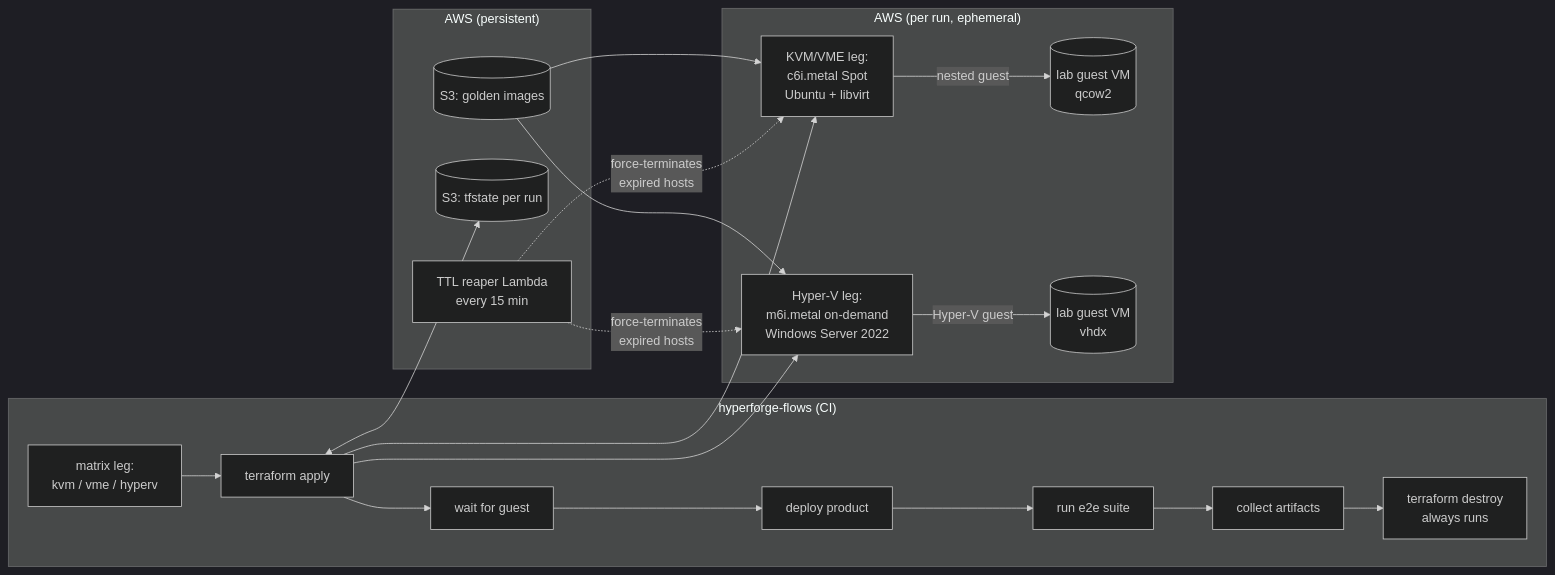
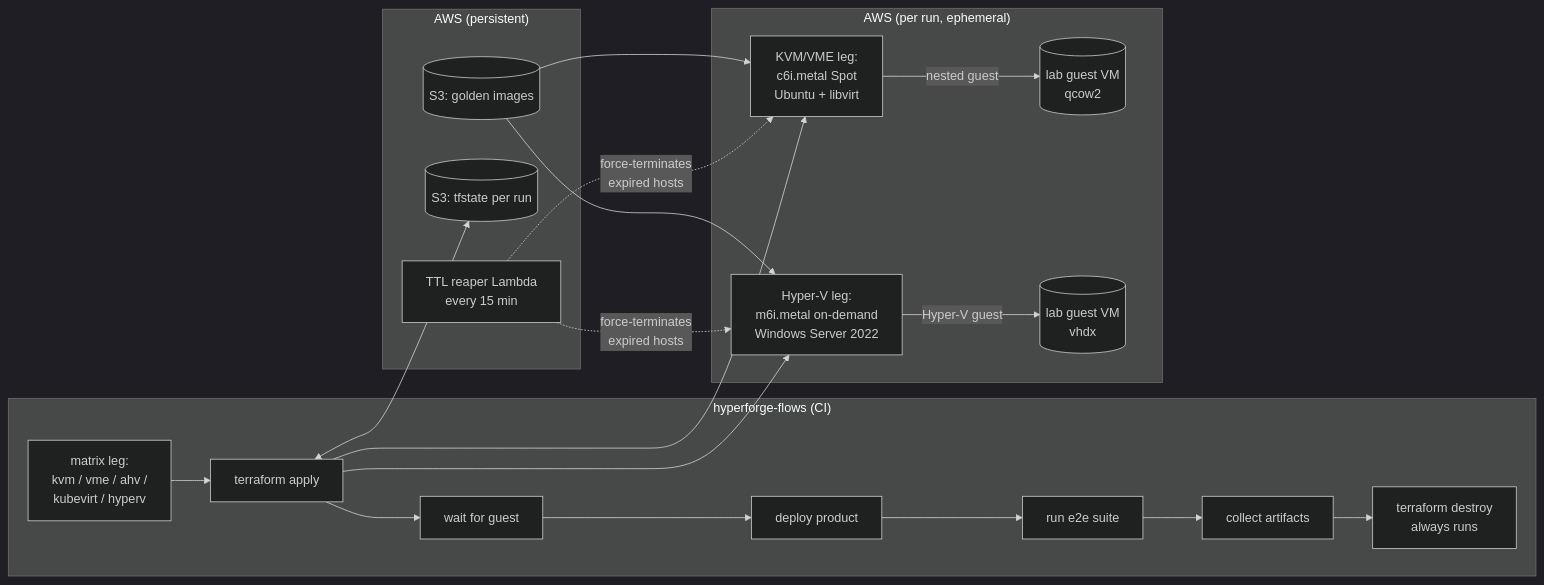
The diagram in README.md (HariBoddapati01/hyperforge-core), drawn with Mermaid (dark theme) before and after one commit. The commit also changed other lines of this file and 1 other file, not shown here.

````diff
--- a/README.md
+++ b/README.md
@@ -23,29 +26,29 @@
 ```mermaid
 flowchart LR
     subgraph flows["hyperforge-flows (CI)"]
-        A[matrix leg:<br/>kvm / vme / hyperv] --> B[terraform apply]
+        A[matrix leg:<br/>kvm / vme / ahv /<br/>kubevirt / hyperv] --> B[terraform apply]
         B --> C[wait for guest]
         C --> D[deploy product]
         D --> E[run e2e suite]
         E --> F[collect artifacts]
         F --> G[terraform destroy<br/>always runs]
     end
 
     subgraph aws["AWS (per run, ephemeral)"]
         H["KVM/VME leg:<br/>c6i.metal Spot<br/>Ubuntu + libvirt"]
         I["Hyper-V leg:<br/>m6i.metal on-demand<br/>Windows Server 2022"]
         H -- "nested guest" --> J[(lab guest VM<br/>qcow2)]
         I -- "Hyper-V guest" --> K[(lab guest VM<br/>vhdx)]
     end
 
     subgraph persistent["AWS (persistent)"]
         L[(S3: golden images)]
         M[(S3: tfstate per run)]
         N[TTL reaper Lambda<br/>every 15 min]
     end
 
     B --> H & I
     L --> H & I
     B <--> M
     N -. "force-terminates<br/>expired hosts" .-> H & I
 ```
````
